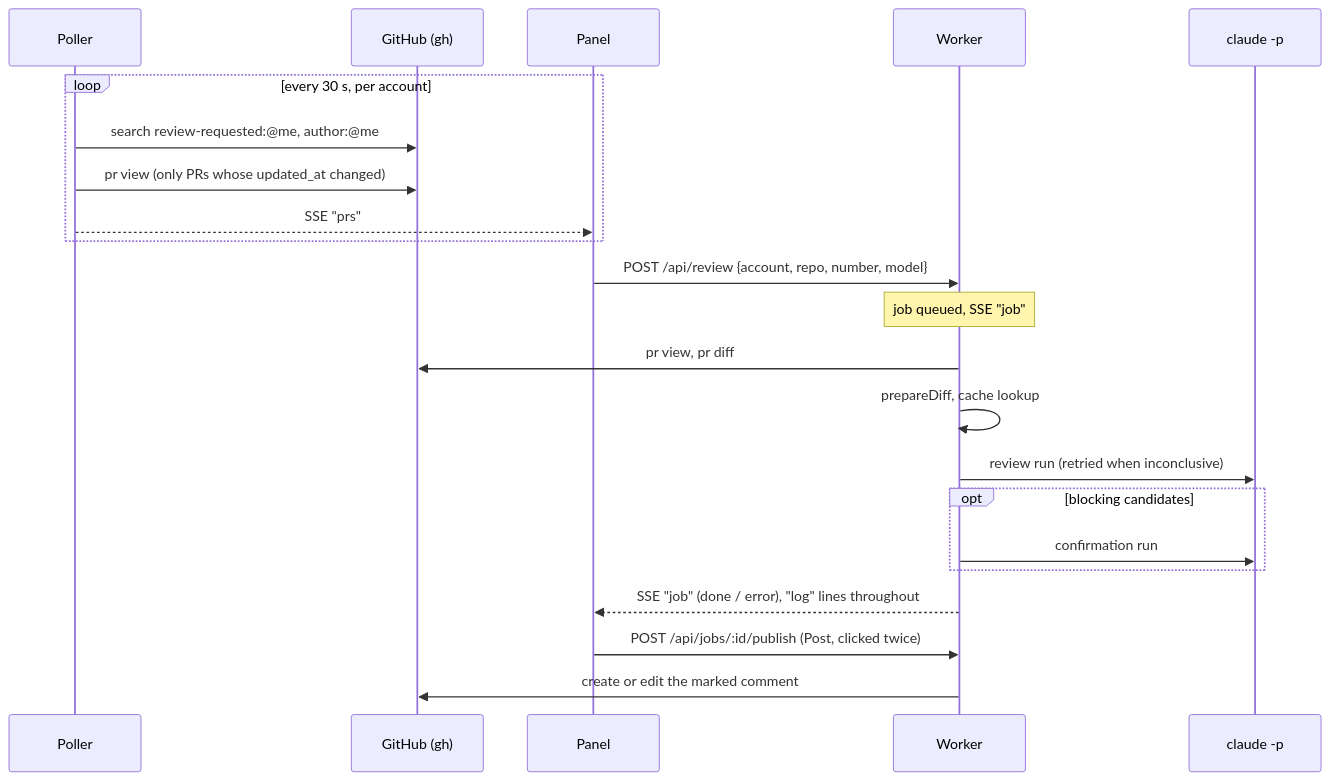
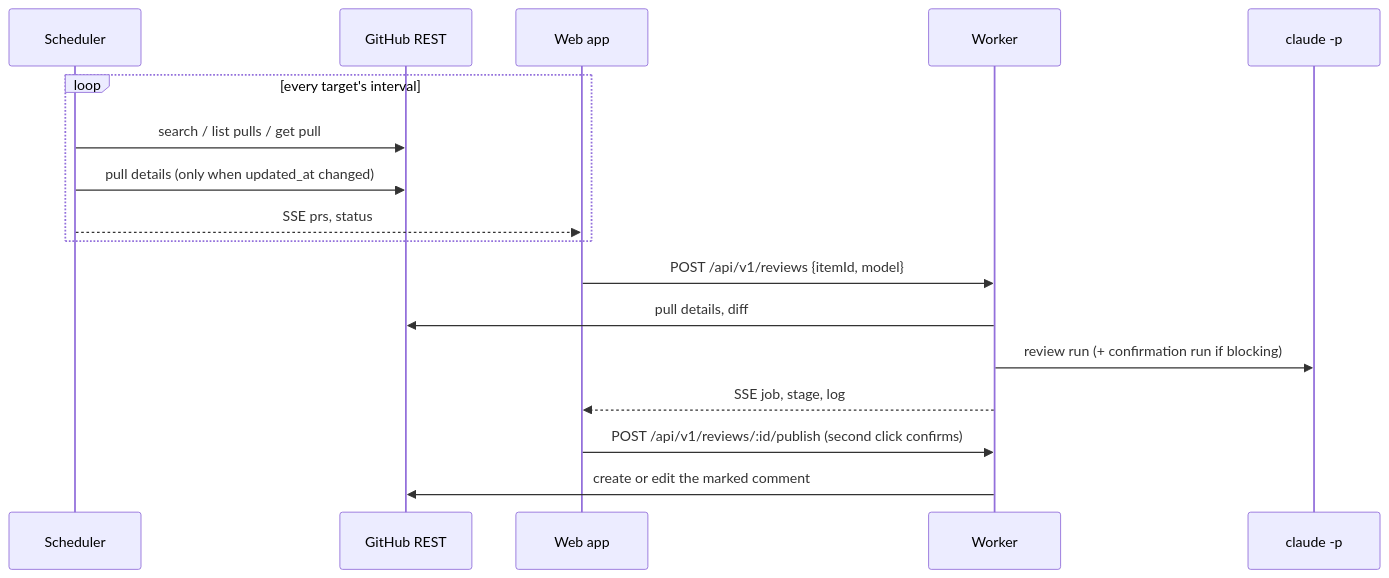
One commit to sviniabanditka/agentic-pr-reviewer changed the diagram in docs/architecture.md. Above: the diagram before and after it, drawn with Mermaid. The commit also changed other lines of this file and 47 other files, not shown here.

````diff
--- a/docs/architecture.md
+++ b/docs/architecture.md
@@ -20,25 +40,20 @@
 ```mermaid
 sequenceDiagram
-    participant P as Poller
-    participant GH as GitHub (gh)
-    participant UI as Panel
+    participant S as Scheduler
+    participant GH as GitHub REST
+    participant UI as Web app
     participant W as Worker
     participant C as claude -p
 
-    loop every 30 s, per account
-        P->>GH: search review-requested:@me, author:@me
-        P->>GH: pr view (only PRs whose updated_at changed)
-        P-->>UI: SSE "prs"
+    loop every target's interval
+        S->>GH: search / list pulls / get pull
+        S->>GH: pull details (only when updated_at changed)
+        S-->>UI: SSE prs, status
     end
-    UI->>W: POST /api/review {account, repo, number, model}
-    Note over W: job queued, SSE "job"
-    W->>GH: pr view, pr diff
-    W->>W: prepareDiff, cache lookup
-    W->>C: review run (retried when inconclusive)
-    opt blocking candidates
-        W->>C: confirmation run
-    end
-    W-->>UI: SSE "job" (done / error), "log" lines throughout
-    UI->>W: POST /api/jobs/:id/publish (Post, clicked twice)
+    UI->>W: POST /api/v1/reviews {itemId, model}
+    W->>GH: pull details, diff
+    W->>C: review run (+ confirmation run if blocking)
+    W-->>UI: SSE job, stage, log
+    UI->>W: POST /api/v1/reviews/:id/publish (second click confirms)
     W->>GH: create or edit the marked comment
 ```
````
